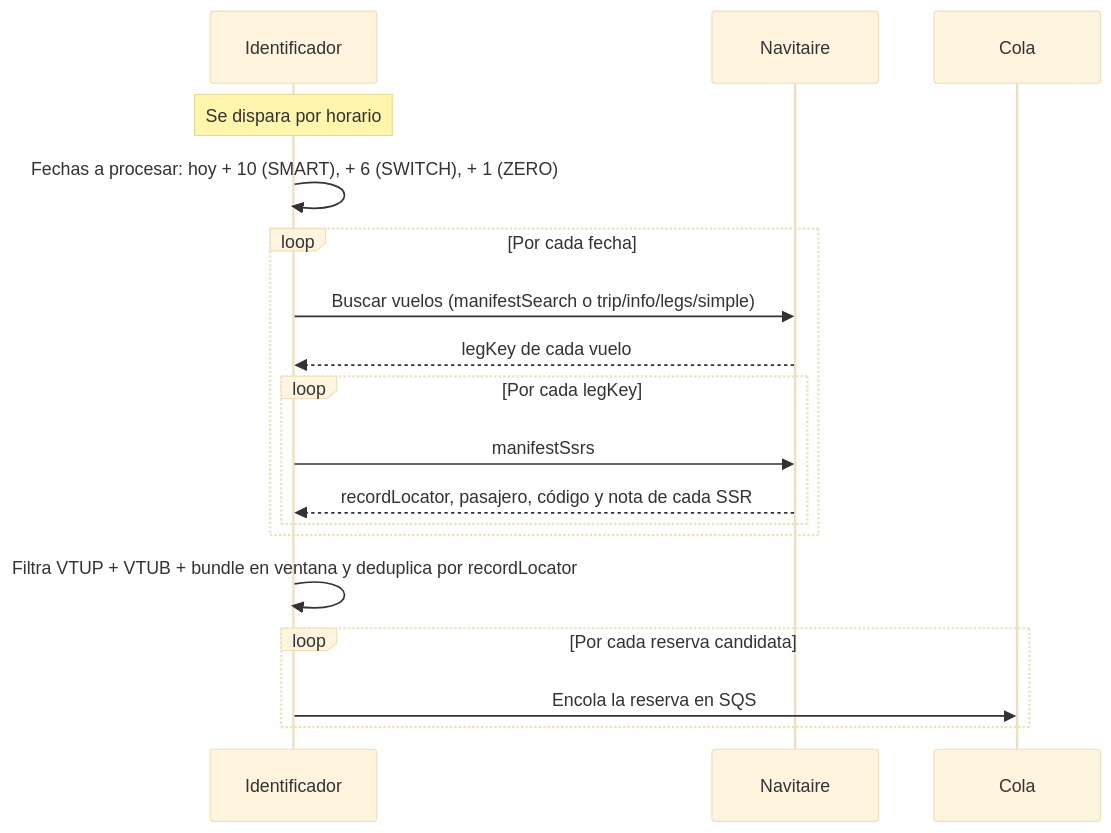
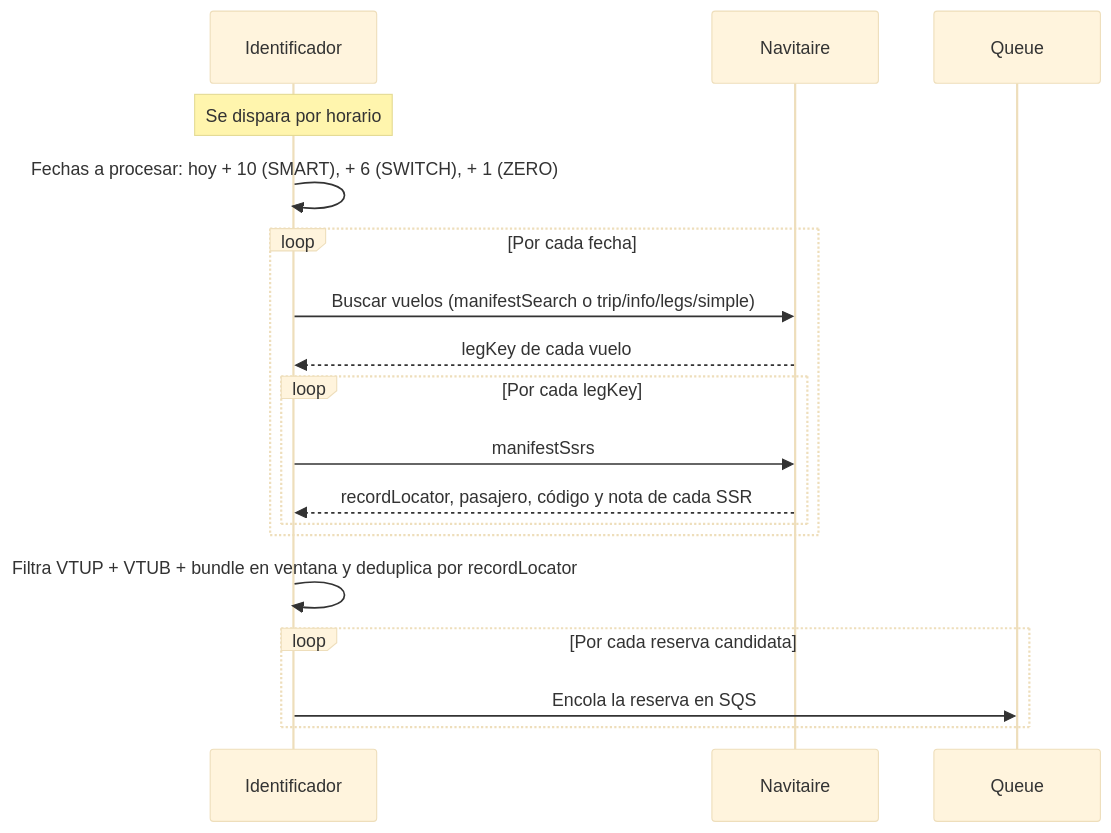
One commit to didierfrancogomez/propuestas changed the third of 8 diagrams in viva/propuestas/scheduled-payment/analisis.md. Above: the diagram before and after it, drawn with Mermaid (base theme). The commit also changed other lines of this file and 8 other files, not shown here.

Commit message:
pago programado: términos técnicos en inglés, event-driven architecture y tiempo y costo en equipo de trabajo

````diff
--- a/viva/propuestas/scheduled-payment/analisis.md
+++ b/viva/propuestas/scheduled-payment/analisis.md
@@ -153,20 +153,20 @@
 ```mermaid
 sequenceDiagram
   participant SC as Identificador
   participant NV as Navitaire
-  participant Q as Cola
+  participant Q as Queue
   Note over SC: Se dispara por horario
   SC->>SC: Fechas a procesar: hoy + 10 (SMART), + 6 (SWITCH), + 1 (ZERO)
   loop Por cada fecha
     SC->>NV: Buscar vuelos (manifestSearch o trip/info/legs/simple)
     NV-->>SC: legKey de cada vuelo
     loop Por cada legKey
       SC->>NV: manifestSsrs
       NV-->>SC: recordLocator, pasajero, código y nota de cada SSR
     end
   end
   SC->>SC: Filtra VTUP + VTUB + bundle en ventana y deduplica por recordLocator
   loop Por cada reserva candidata
     SC->>Q: Encola la reserva en SQS
   end
 ```
````
